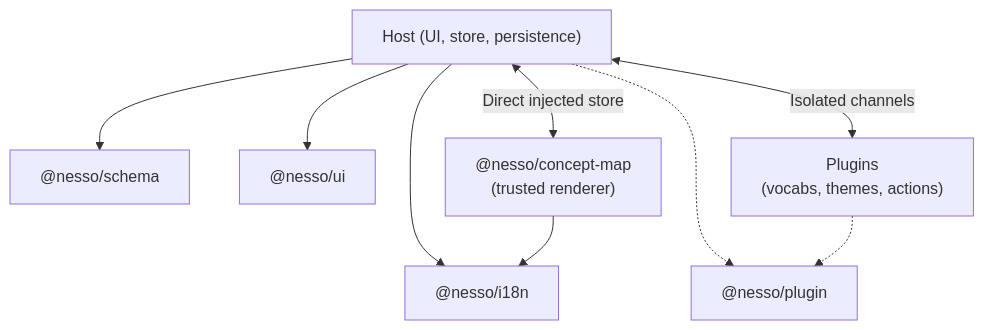
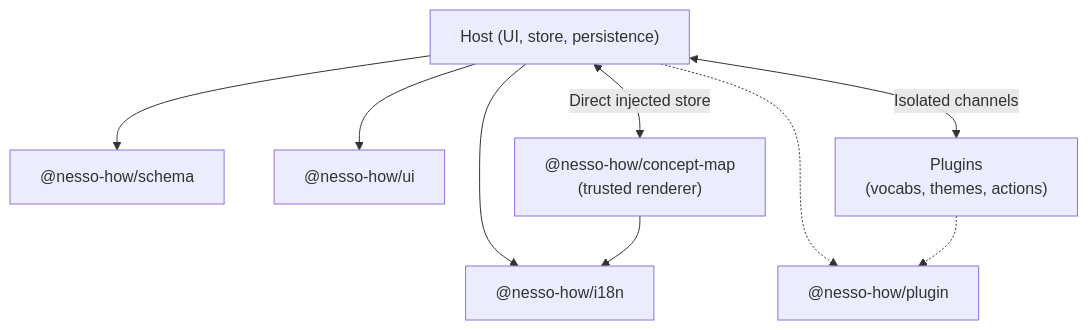
Before and after one commit to nesso-how/nesso: the diagram in README.md, drawn with Mermaid. The commit also changed other lines of this file and 162 other files, not shown here.

First line of the commit message:
refactor(plugin)!: rename npm scope from @nesso to @nesso-how

````diff
--- a/README.md
+++ b/README.md
@@ -50,12 +50,12 @@
 ```mermaid
 flowchart TD
   Host["Host (UI, store, persistence)"]
-  Host --> Schema["@nesso/schema"]
-  Host --> UI["@nesso/ui"]
-  Host --> I18n["@nesso/i18n"]
-  Host <-->|Direct injected store| Renderer["@nesso/concept-map<br/>(trusted renderer)"]
+  Host --> Schema["@nesso-how/schema"]
+  Host --> UI["@nesso-how/ui"]
+  Host --> I18n["@nesso-how/i18n"]
+  Host <-->|Direct injected store| Renderer["@nesso-how/concept-map<br/>(trusted renderer)"]
   Host <-->|Isolated channels| Plugins["Plugins<br/>(vocabs, themes, actions)"]
   Renderer --> I18n
-  Host -.-> Contract["@nesso/plugin"]
+  Host -.-> Contract["@nesso-how/plugin"]
   Plugins -.-> Contract
 ```
````
